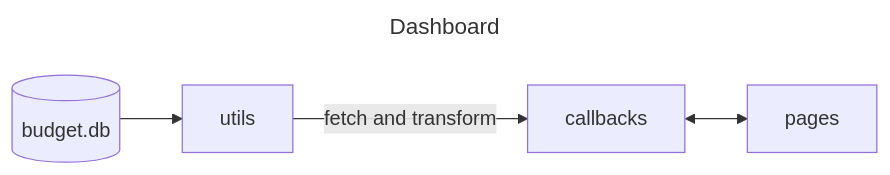
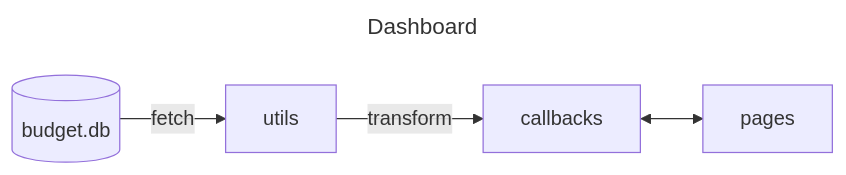
Before and after one commit to swp-berlin/ru_budget_tracker: the second of 4 diagrams in README.md, drawn with Mermaid.

Commit message:
Updated Structure diagram in README 3

````diff
--- a/README.md
+++ b/README.md
@@ -55,9 +55,9 @@
 ```mermaid
 ---
 title: Dashboard
 ---
 flowchart LR
 DB[(budget.db)]
 UTILS[utils]
-DB --> UTILS -->|fetch and transform| CTRL[callbacks] <--> V[pages]
+DB -->|fetch| UTILS -->|transform| CTRL[callbacks] <--> V[pages]
 ```
````
